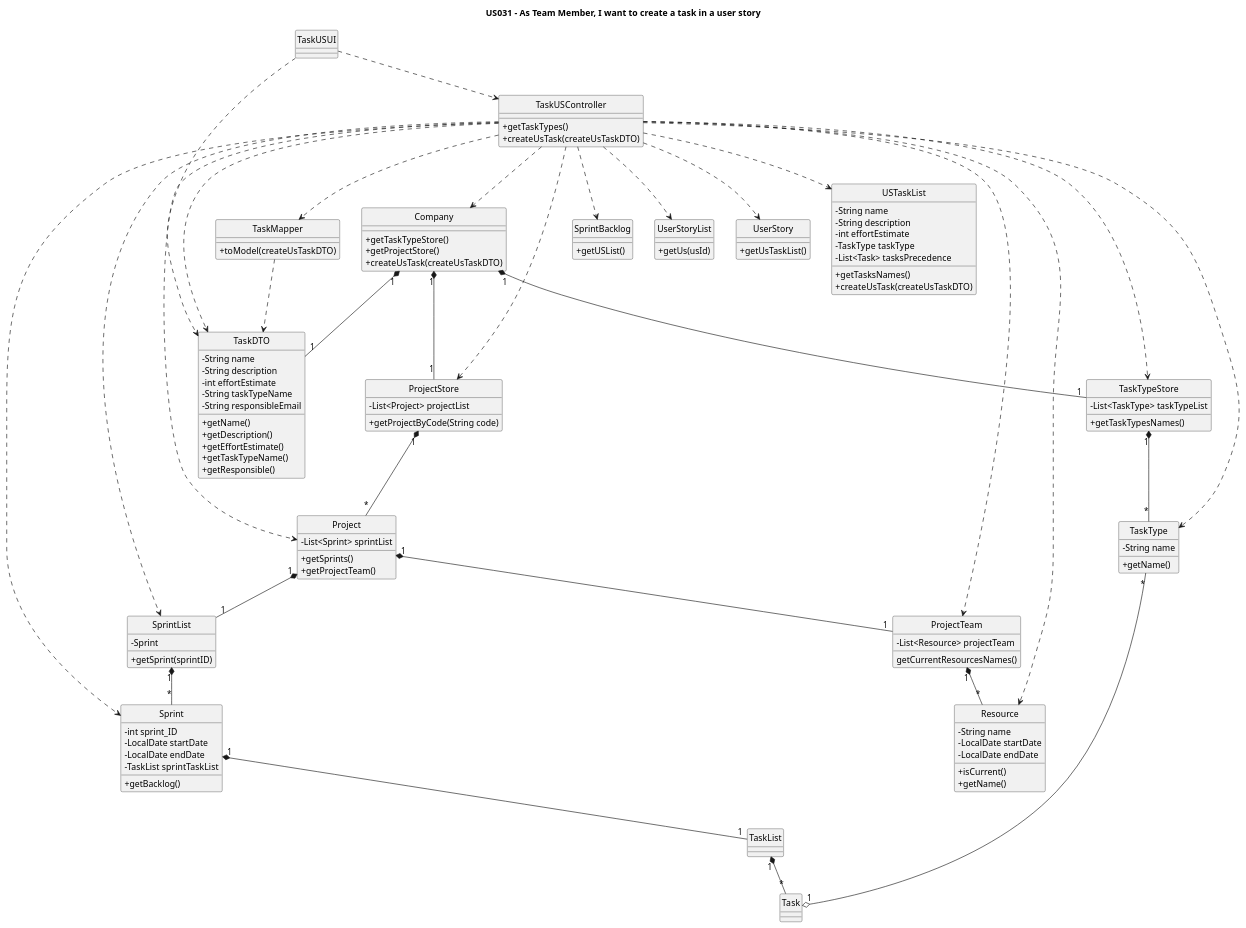
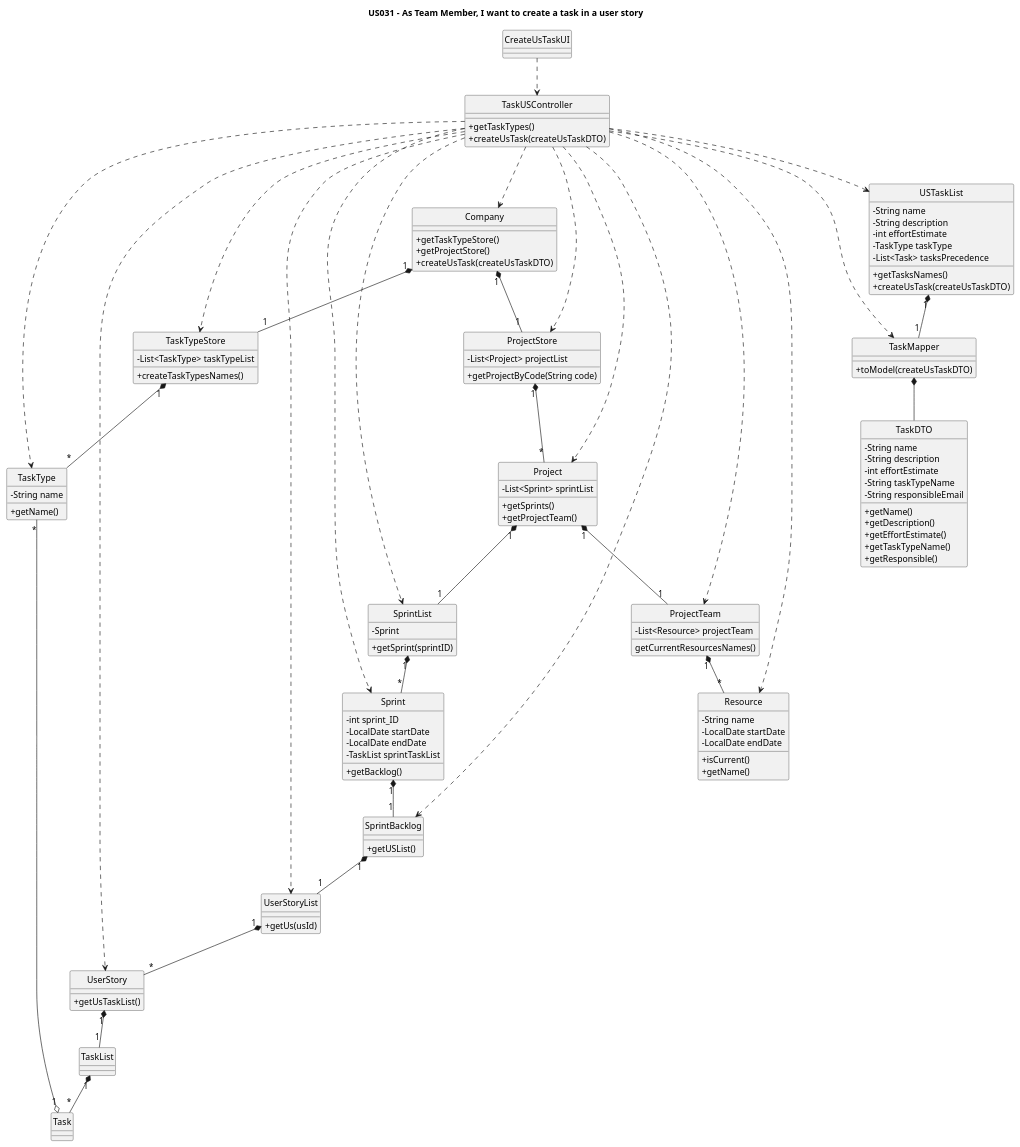
One commit to nunogon1211787/projectManagement changed the diagram in docs/Sprint3/US031/US031-CD.puml. Above: the diagram before and after it, drawn with PlantUML.

Commit message:
CD US031 updated

```diff
--- a/docs/Sprint3/US031/US031-CD.puml
+++ b/docs/Sprint3/US031/US031-CD.puml
@@ -1,152 +1,160 @@
 @startuml
 'https://plantuml.com/class-diagram
 
 skinparam classAttributeIconSize 0
 hide circle
 
 title US031 - As Team Member, I want to create a task in a user story
 
-class TaskUSUI{}
+class CreateUsTaskUI{}
 
 class TaskUSController{
 +getTaskTypes()
 +createUsTask(createUsTaskDTO)
 }
 
 class Company{
 +getTaskTypeStore()
 +getProjectStore()
 +createUsTask(createUsTaskDTO)
 }
 
 class TaskTypeStore{
 -List<TaskType> taskTypeList
-+getTaskTypesNames()
++createTaskTypesNames()
 }
 
 class TaskType{
 -String name
 +getName()
 }
 
 class ProjectStore{
 -List<Project> projectList
 +getProjectByCode(String code)
 }
 
 class Project{
 -List<Sprint> sprintList
 +getSprints()
 +getProjectTeam()
 }
 
 class SprintList{
 -Sprint
 +getSprint(sprintID)
 }
 
 class Sprint{
 -int sprint_ID
 -LocalDate startDate
 -LocalDate endDate
 -TaskList sprintTaskList
 +getBacklog()
 }
 
 class SprintBacklog{
 +getUSList()
 }
 
 class UserStoryList {
 +getUs(usId)
 }
 
 class UserStory{
 +getUsTaskList()
 }
 
 class USTaskList{
 -String name
 -String description
 -int effortEstimate
 -TaskType taskType
 -List<Task> tasksPrecedence
 +getTasksNames()
 +createUsTask(createUsTaskDTO)
 }
 
 
 class ProjectTeam{
 -List<Resource> projectTeam
 getCurrentResourcesNames()
 }
 
 class Resource{
 -String name
 -LocalDate startDate
 -LocalDate endDate
 +isCurrent()
 +getName()
 }
 
 class TaskMapper{
 +toModel(createUsTaskDTO)
 }
 
 class TaskDTO{
 -String name
 -String description
 -int effortEstimate
 -String taskTypeName
 -String responsibleEmail
 +getName()
 +getDescription()
 +getEffortEstimate()
 +getTaskTypeName()
 +getResponsible()
 }
 
-TaskUSUI ..> TaskUSController
-TaskUSUI ..> TaskDTO
+CreateUsTaskUI ..> TaskUSController
+
 
 TaskUSController ..> Company
 TaskUSController ..> TaskTypeStore
 TaskUSController ..> TaskType
 TaskUSController ..> ProjectStore
 TaskUSController ..> Project
 TaskUSController ..> SprintList
 TaskUSController ..> Sprint
 TaskUSController ..> SprintBacklog
 TaskUSController ..> UserStoryList
 TaskUSController ..> UserStory
 TaskUSController ..> USTaskList
 TaskUSController ..> ProjectTeam
 TaskUSController ..> Resource
 TaskUSController ..> TaskMapper
-TaskUSController ..> TaskDTO
+
 
 
 Company "1" *-- "1" TaskTypeStore
 Company "1" *-- "1" ProjectStore
-Company "1" *-- "1" TaskDTO
+
 
 TaskTypeStore "1" *-- "*" TaskType
 
 TaskType "*" --o "1" Task
 
 ProjectStore "1" *-- "*" Project
 
 Project "1" *-- "1" SprintList
 Project "1" *-- "1" ProjectTeam
 
 SprintList "1" *-- "*" Sprint
 
-Sprint "1" *-- "1" TaskList
+Sprint "1" *-- "1" SprintBacklog
+
+SprintBacklog "1" *-- "1" UserStoryList
+
+UserStoryList "1" *-- "*" UserStory
+
+UserStory "1" *-- "1" TaskList
 
 TaskList "1" *-- "*" Task
 
 ProjectTeam "1" *-- "*" Resource
 
-TaskMapper ..> TaskDTO
+USTaskList "1" *-- "1" TaskMapper
+
+TaskMapper *-- TaskDTO
 
 @enduml
```
